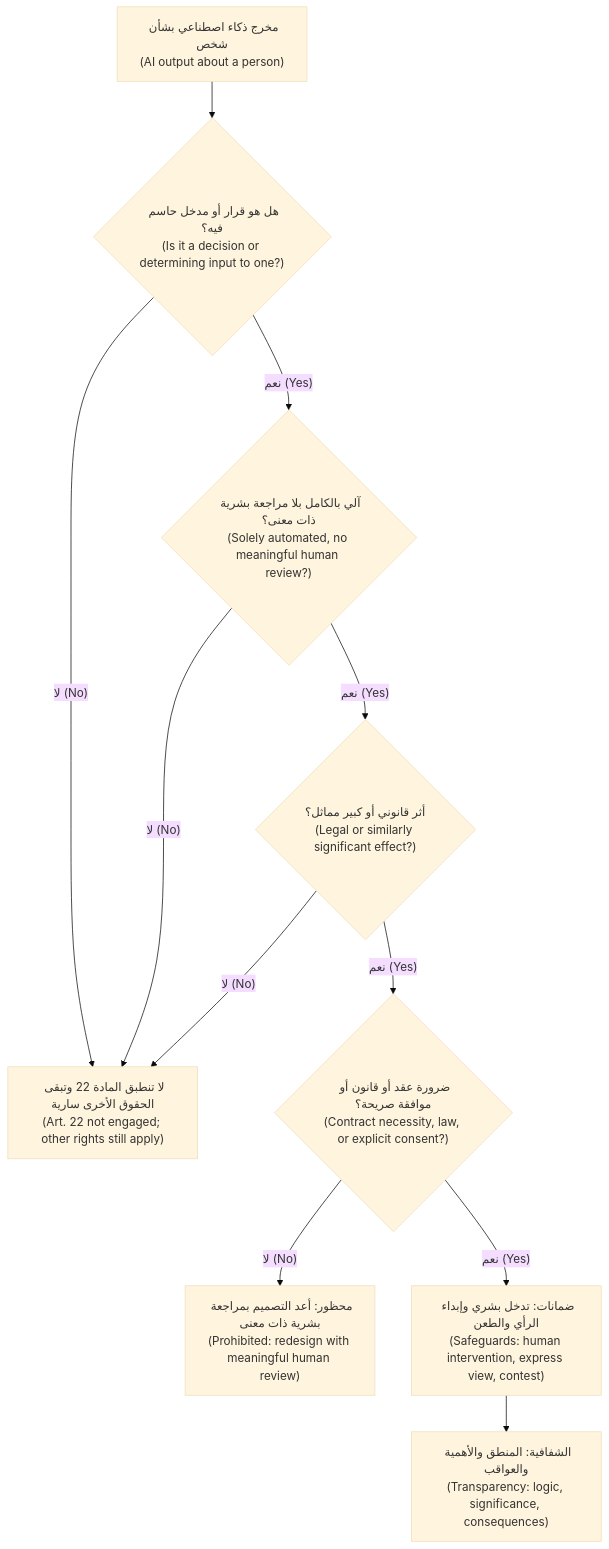
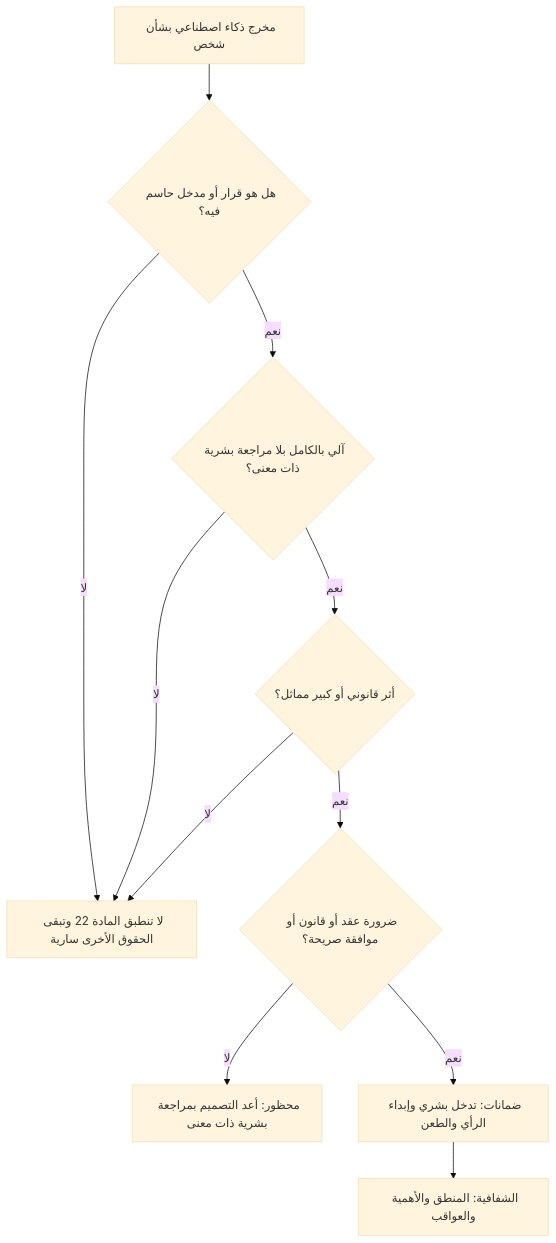
The second of 2 diagrams in aigp/modules/04-privacy.ar.md (Tamoura/system-design-for-vibe-coders), drawn with Mermaid (base theme) before and after one commit. The commit also changed other lines of this file and 551 other files, not shown here.

````diff
--- a/aigp/modules/04-privacy.ar.md
+++ b/aigp/modules/04-privacy.ar.md
@@ -282,13 +282,13 @@
 ```mermaid
 flowchart TD
-    A["مخرج ذكاء اصطناعي بشأن شخص<br/>(AI output about a person)"] --> B{"هل هو قرار أو مدخل حاسم فيه؟<br/>(Is it a decision or determining input to one?)"}
-    B -- "لا (No)" --> Z["لا تنطبق المادة 22 وتبقى الحقوق الأخرى سارية<br/>(Art. 22 not engaged#59; other rights still apply)"]
-    B -- "نعم (Yes)" --> C{"آلي بالكامل بلا مراجعة بشرية ذات معنى؟<br/>(Solely automated, no meaningful human review?)"}
-    C -- "لا (No)" --> Z
-    C -- "نعم (Yes)" --> D{"أثر قانوني أو كبير مماثل؟<br/>(Legal or similarly significant effect?)"}
-    D -- "لا (No)" --> Z
-    D -- "نعم (Yes)" --> E{"ضرورة عقد أو قانون أو موافقة صريحة؟<br/>(Contract necessity, law, or explicit consent?)"}
-    E -- "لا (No)" --> F["محظور: أعد التصميم بمراجعة بشرية ذات معنى<br/>(Prohibited: redesign with meaningful human review)"]
-    E -- "نعم (Yes)" --> G["ضمانات: تدخل بشري وإبداء الرأي والطعن<br/>(Safeguards: human intervention, express view, contest)"]
-    G --> H["الشفافية: المنطق والأهمية والعواقب<br/>(Transparency: logic, significance, consequences)"]
+    A["مخرج ذكاء اصطناعي بشأن شخص"] --> B{"هل هو قرار أو مدخل حاسم فيه؟"}
+    B -- "لا" --> Z["لا تنطبق المادة 22 وتبقى الحقوق الأخرى سارية"]
+    B -- "نعم" --> C{"آلي بالكامل بلا مراجعة بشرية ذات معنى؟"}
+    C -- "لا" --> Z
+    C -- "نعم" --> D{"أثر قانوني أو كبير مماثل؟"}
+    D -- "لا" --> Z
+    D -- "نعم" --> E{"ضرورة عقد أو قانون أو موافقة صريحة؟"}
+    E -- "لا" --> F["محظور: أعد التصميم بمراجعة بشرية ذات معنى"]
+    E -- "نعم" --> G["ضمانات: تدخل بشري وإبداء الرأي والطعن"]
+    G --> H["الشفافية: المنطق والأهمية والعواقب"]
 ```
````
